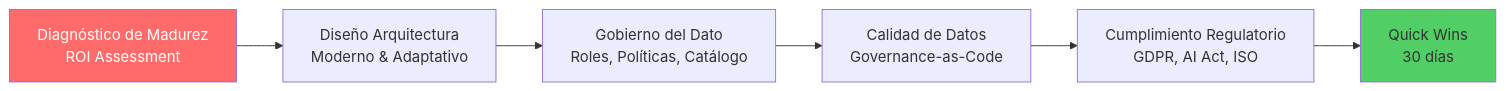
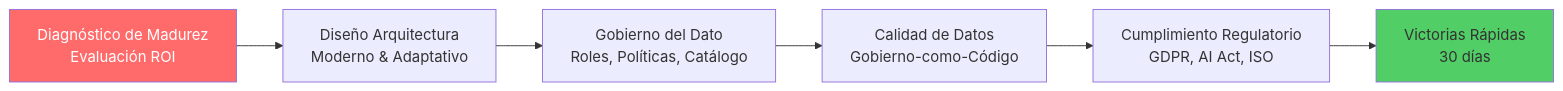
The first of 17 diagrams in readme.md (arielmmdx/offering), drawn with Mermaid before and after one commit. The commit also changed other lines of this file, not shown here.

````diff
--- a/readme.md
+++ b/readme.md
@@ -27,11 +27,11 @@
 ```mermaid
 flowchart LR
-    A[Diagnóstico de Madurez<br/>ROI Assessment] --> B[Diseño Arquitectura<br/>Moderno & Adaptativo]
+    A[Diagnóstico de Madurez<br/>Evaluación ROI] --> B[Diseño Arquitectura<br/>Moderno & Adaptativo]
     B --> C[Gobierno del Dato<br/>Roles, Políticas, Catálogo]
-    C --> D[Calidad de Datos<br/>Governance-as-Code]
+    C --> D[Calidad de Datos<br/>Gobierno-como-Código]
     D --> E[Cumplimiento Regulatorio<br/>GDPR, AI Act, ISO]
-    E --> F[Quick Wins<br/>30 días]
+    E --> F[Victorias Rápidas<br/>30 días]
     
     style A fill:#ff6b6b,color:#fff
     style F fill:#51cf66
 ```
````
